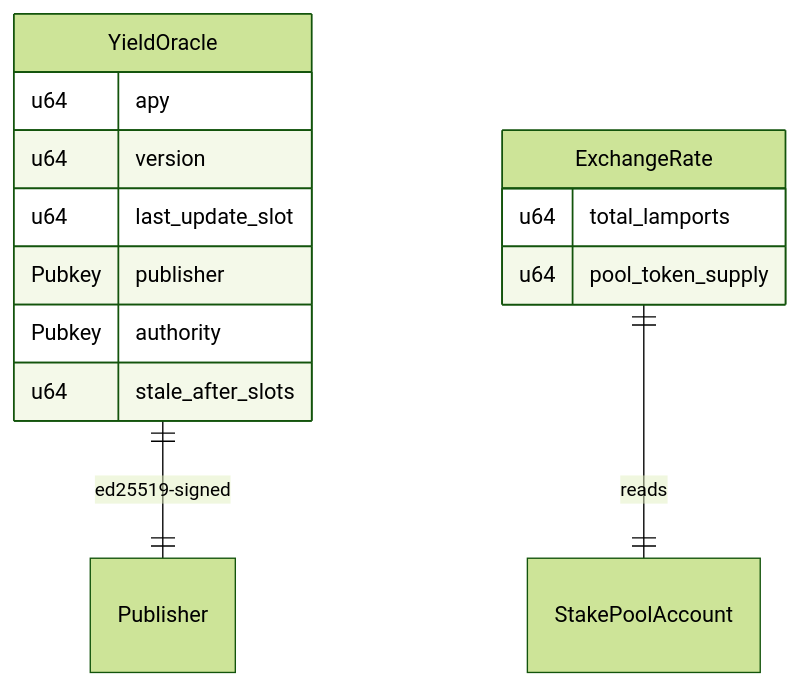
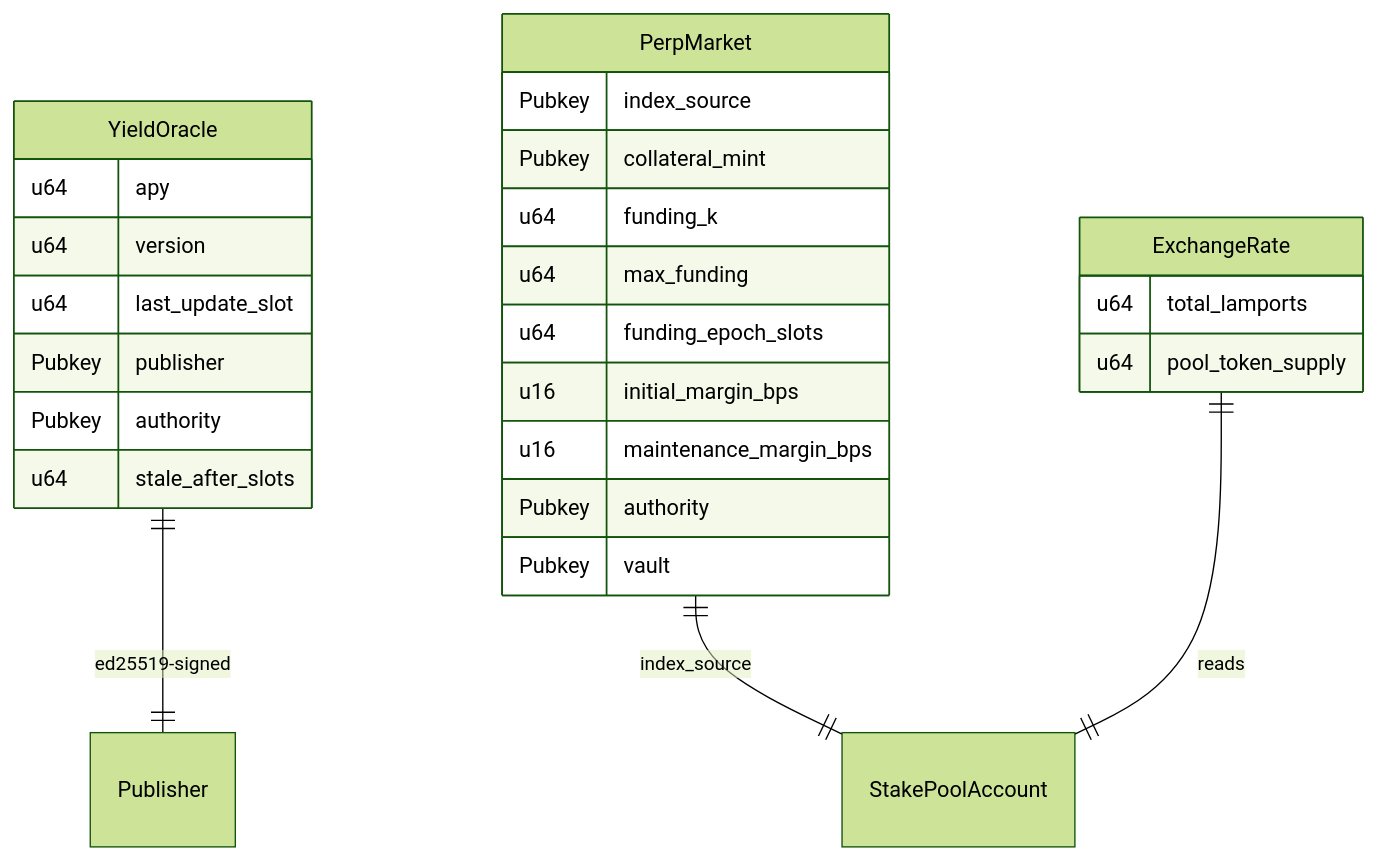
One commit to LaiTszKin/fructus changed the diagram in docs/data-models.md. Above: the diagram before and after it, drawn with Mermaid (forest theme). The commit also changed other lines of this file and 9 other files, not shown here.

Commit message:
docs: document PerpMarket account and initialize_market instruction

````diff
--- a/docs/data-models.md
+++ b/docs/data-models.md
@@ -33,17 +57,29 @@
 ```mermaid
 erDiagram
     YieldOracle ||--|| Publisher : "ed25519-signed"
+    PerpMarket ||--|| StakePoolAccount : "index_source"
     ExchangeRate ||--|| StakePoolAccount : "reads"
     YieldOracle {
         u64 apy
         u64 version
         u64 last_update_slot
         Pubkey publisher
         Pubkey authority
         u64 stale_after_slots
     }
+    PerpMarket {
+        Pubkey index_source
+        Pubkey collateral_mint
+        u64 funding_k
+        u64 max_funding
+        u64 funding_epoch_slots
+        u16 initial_margin_bps
+        u16 maintenance_margin_bps
+        Pubkey authority
+        Pubkey vault
+    }
     ExchangeRate {
         u64 total_lamports
         u64 pool_token_supply
     }
 ```
````
